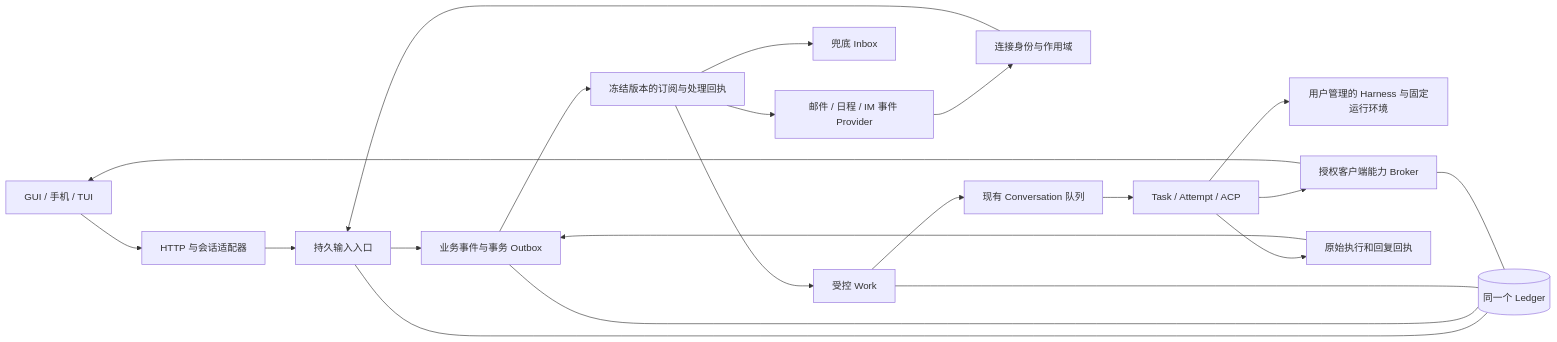
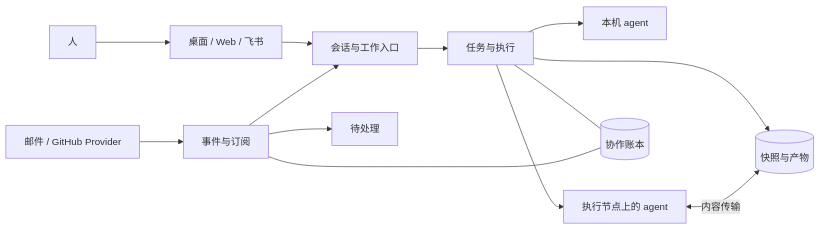
The diagram in docs/architecture.md (gopact-ai/steve), drawn with Mermaid before and after one commit. The commit also changed other lines of this file and 29 other files, not shown here.

````diff
--- a/docs/architecture.md
+++ b/docs/architecture.md
@@ -49,23 +5,15 @@
 ```mermaid
 flowchart LR
-  U[GUI / 手机 / TUI] --> H[HTTP 与会话适配器]
-  P[邮件 / 日程 / IM 事件 Provider] --> I[连接身份与作用域]
-  I --> D[持久输入入口]
-  H --> D
-  D --> E[业务事件与事务 Outbox]
-  E --> S[冻结版本的订阅与处理回执]
-  S --> B[兜底 Inbox]
-  S --> W[受控 Work]
-  S --> P
-  W --> C[现有 Conversation 队列]
-  C --> X[Task / Attempt / ACP]
-  X --> A[用户管理的 Harness 与固定运行环境]
-  X --> R[授权客户端能力 Broker]
-  R --> U
-  X --> F[原始执行和回复回执]
-  F --> E
-  D --- L[(同一个 Ledger)]
-  E --- L
-  W --- L
-  R --- L
+  Human[人] --> Clients[桌面 / Web / 飞书]
+  Clients --> Conversation[会话与工作入口]
+  Provider[邮件 / GitHub Provider] --> Events[事件与订阅]
+  Events --> Conversation
+  Events --> Inbox[待处理]
+  Conversation --> Tasks[任务与执行]
+  Tasks --> Local[本机 agent]
+  Tasks --> Remote[执行节点上的 agent]
+  Tasks --- Ledger[(协作账本)]
+  Events --- Ledger
+  Tasks --> Artifacts[(快照与产物)]
+  Remote <-->|内容传输| Artifacts
 ```
````
